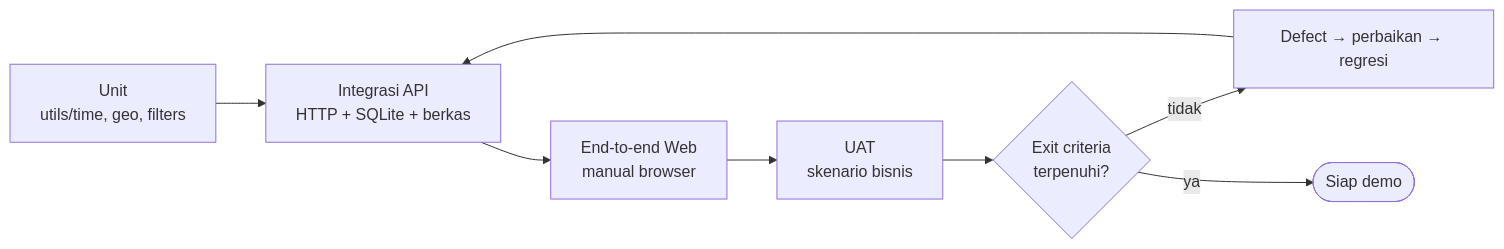
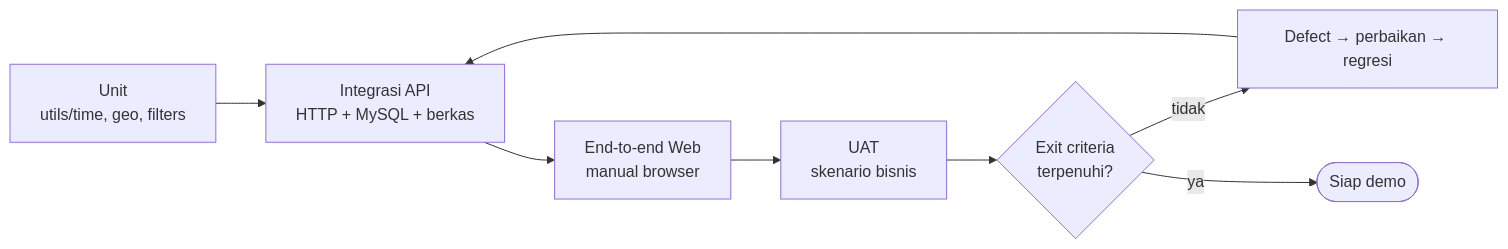
Before and after one commit to faizmarwan2/Project1: the diagram in docs/project-a/09-Test-Plan.md, drawn with Mermaid. The commit also changed other lines of this file and 20 other files, not shown here.

````diff
--- a/docs/project-a/09-Test-Plan.md
+++ b/docs/project-a/09-Test-Plan.md
@@ -58,10 +58,10 @@
 ```mermaid
 flowchart LR
-    U["Unit<br/>utils/time, geo, filters"] --> I["Integrasi API<br/>HTTP + SQLite + berkas"]
+    U["Unit<br/>utils/time, geo, filters"] --> I["Integrasi API<br/>HTTP + MySQL + berkas"]
     I --> E["End-to-end Web<br/>manual browser"]
     E --> A["UAT<br/>skenario bisnis"]
     A --> R{"Exit criteria<br/>terpenuhi?"}
     R -- "tidak" --> D["Defect → perbaikan → regresi"]
     D --> I
     R -- "ya" --> S(["Siap demo"])
 ```
````
